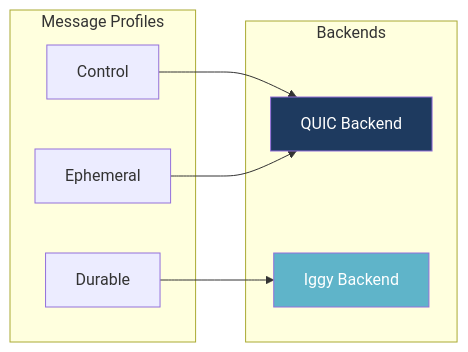
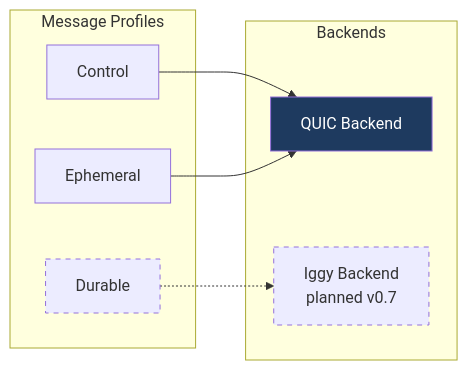
The second of 4 diagrams in docs/concepts/chirps.md (alopex-db/alopex-db.github.io), drawn with Mermaid before and after one commit. The commit also changed other lines of this file and 2 other files, not shown here.

````diff
--- a/docs/concepts/chirps.md
+++ b/docs/concepts/chirps.md
@@ -91,20 +94,21 @@
 ```mermaid
 graph LR
     subgraph "Message Profiles"
         C[Control]
         E[Ephemeral]
         D[Durable]
     end
 
     subgraph "Backends"
         Q[QUIC Backend]
-        I[Iggy Backend]
+        I[Iggy Backend<br/>planned v0.7]
     end
 
     C --> Q
     E --> Q
-    D --> I
+    D -.-> I
 
     style Q fill:#1E3A5F,color:#fff
-    style I fill:#5FB4C9,color:#fff
+    style I stroke-dasharray: 5 5
+    style D stroke-dasharray: 5 5
 ```
````
